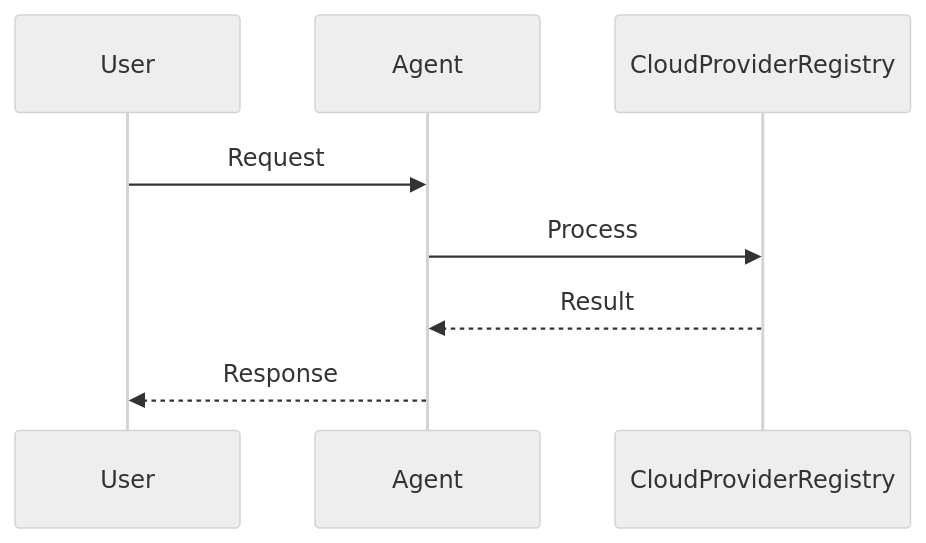
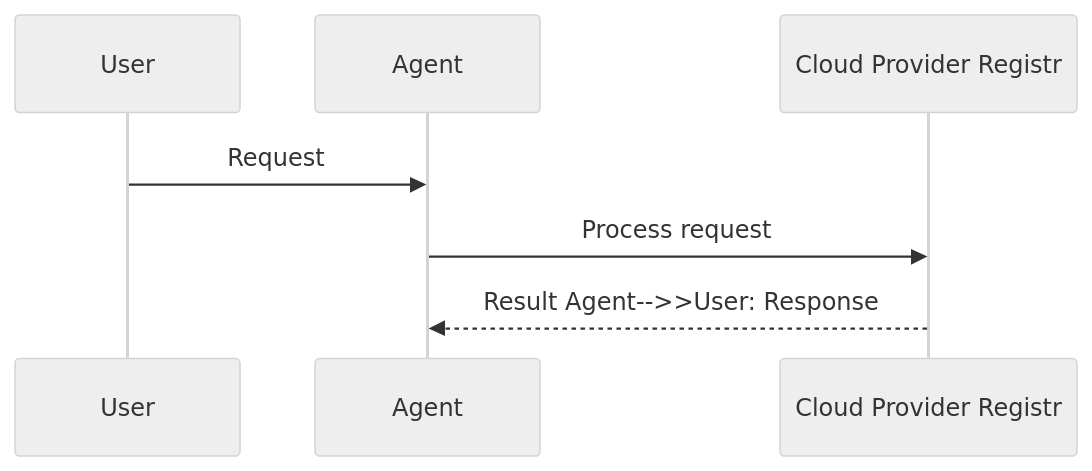
One commit to MervinPraison/PraisonAIDocs changed the second of 2 diagrams in docs/features/cloud-provider-registry.mdx. Above: the diagram before and after it, drawn with Mermaid (neutral theme). The commit also changed 204 other files, not shown here.

First line of the commit message:
docs: align feature/tool pages with AGENTS.md hero + sequence + import standards (fixes #1775)

````diff
--- a/docs/features/cloud-provider-registry.mdx
+++ b/docs/features/cloud-provider-registry.mdx
@@ -40,11 +40,10 @@
 ```mermaid
 sequenceDiagram
     participant User
     participant Agent
-    participant CloudProviderRegistry
+    participant Feature as Cloud Provider Registr
 
     User->>Agent: Request
-    Agent->>CloudProviderRegistry: Process
-    CloudProviderRegistry-->>Agent: Result
-    Agent-->>User: Response
+    Agent->>Feature: Process request
+    Feature-->>Agent: Result    Agent-->>User: Response
 ```
````
